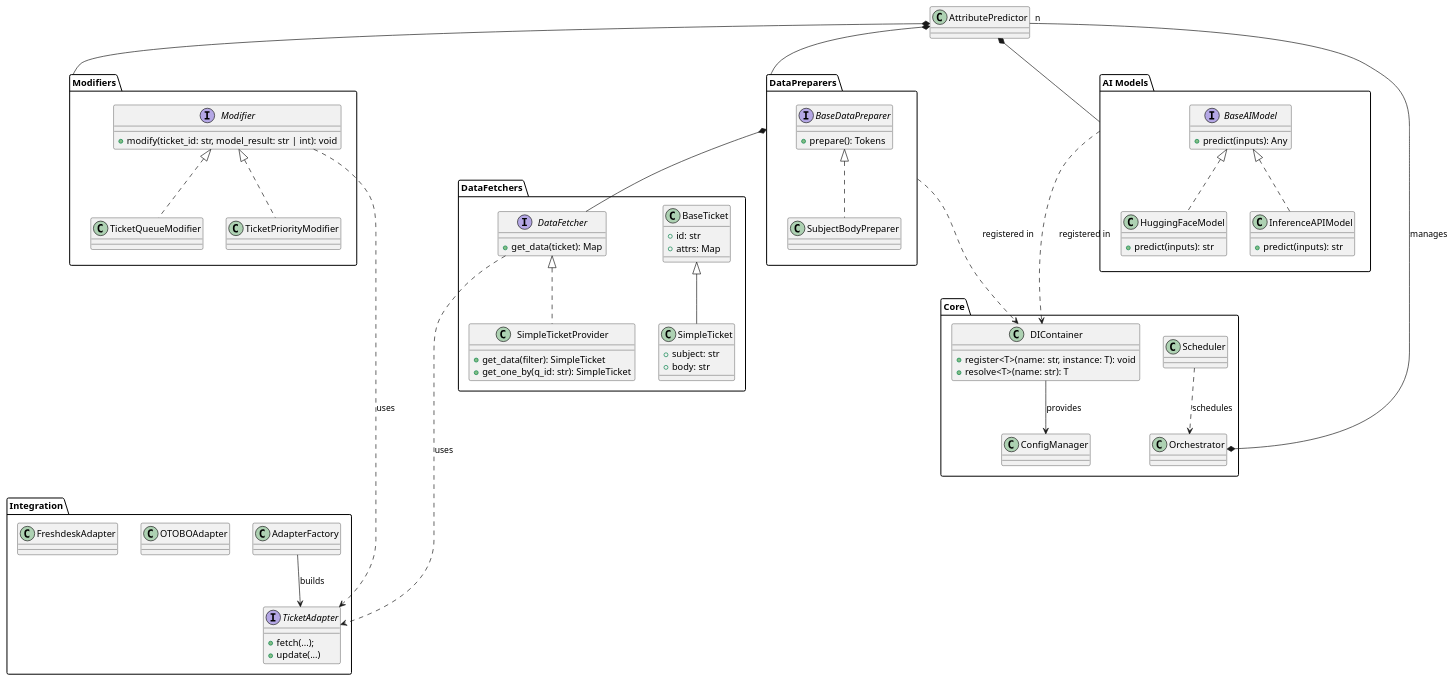
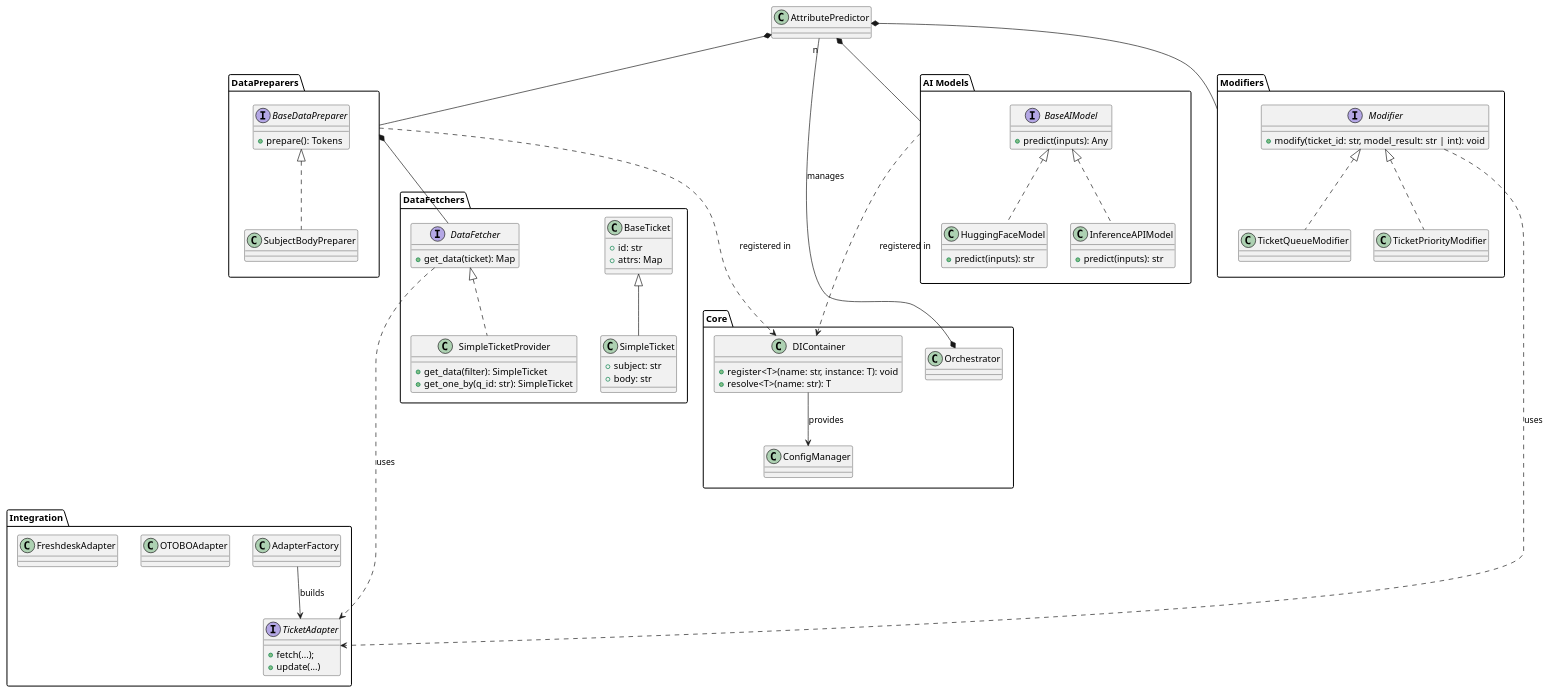
One commit to Softoft/open-ticket-ai changed the diagram in docs/mvp-software-design.puml. Above: the diagram before and after it, drawn with PlantUML. The commit also changed 38 other files, not shown here.

```diff
--- a/docs/mvp-software-design.puml
+++ b/docs/mvp-software-design.puml
@@ -1,108 +1,106 @@
 @startuml
 skinparam componentStyle rectangle
 allow_mixing
 
 package Core {
   class ConfigManager
-  class Scheduler
   class Orchestrator
 
   ' Injection Container / Registry
   class DIContainer{
     + register<T>(name: str, instance: T): void
     + resolve<T>(name: str): T
   }
 
-  Scheduler ..> Orchestrator: "schedules"
 
 }
 
 package Integration {
   interface TicketAdapter {
   + fetch(...);
   + update(...)
   }
   class AdapterFactory
   class OTOBOAdapter
   class FreshdeskAdapter
 
   AdapterFactory --> TicketAdapter : builds
 }
 
 package DataFetchers {
   interface DataFetcher {
   + get_data(ticket): Map
   }
 
   class BaseTicket{
     + id: str
     + attrs: Map
   }
 
   class SimpleTicket extends BaseTicket {
     + subject: str
     + body: str
   }
 
 
   class SimpleTicketProvider implements DataFetcher {
     + get_data(filter): SimpleTicket
     + get_one_by(q_id: str): SimpleTicket
   }
 }
 
 package DataPreparers{
     interface BaseDataPreparer {
         + prepare(): Tokens
     }
 
     class SubjectBodyPreparer implements BaseDataPreparer
 
 }
 
 package "AI Models" {
   interface BaseAIModel {
     + predict(inputs): Any
    }
 
   class HuggingFaceModel implements BaseAIModel {
     + predict(inputs): str
   }
 
   class InferenceAPIModel implements BaseAIModel {
     + predict(inputs): str
   }
 
 }
 
 package Modifiers{
 
     interface Modifier {
         + modify(ticket_id: str, model_result: str | int): void
     }
     class TicketQueueModifier implements Modifier
     class TicketPriorityModifier implements Modifier
 
 }
 
 class AttributePredictor
 
 AttributePredictor *-- "AI Models"
 AttributePredictor *-- DataPreparers
 AttributePredictor *-- Modifiers
 
 DataPreparers *-- DataFetcher
 
 DataFetcher .-down...> TicketAdapter : "uses"
 Modifier .-right.> TicketAdapter : "uses"
 
 Orchestrator *-- "n" AttributePredictor : "manages"
 
 DIContainer --> ConfigManager : "provides"
 
 
 "AI Models" ...> DIContainer : "registered in"
 
 DataPreparers ...> DIContainer : "registered in"
 
 @enduml
```
